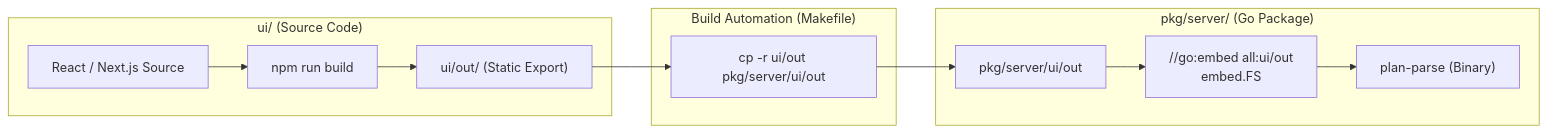
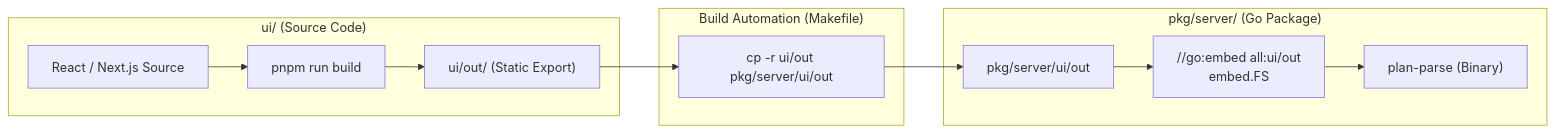
The first of 2 diagrams in pkg/server/ui/README.md (AatirNadim/plan-parse), drawn with Mermaid before and after one commit. The commit also changed other lines of this file and 8 other files, not shown here.

Commit message:
feat: switched npm with pnpm

````diff
--- a/pkg/server/ui/README.md
+++ b/pkg/server/ui/README.md
@@ -15,17 +15,17 @@
 ```mermaid
 flowchart LR
     subgraph FrontendSource["ui/ (Source Code)"]
-        Src["React / Next.js Source"] --> Build["npm run build"]
+        Src["React / Next.js Source"] --> Build["pnpm run build"]
         Build --> Out["ui/out/ (Static Export)"]
     end
 
     subgraph MirrorStep["Build Automation (Makefile)"]
         Out --> Copy["cp -r ui/out pkg/server/ui/out"]
     end
 
     subgraph ServerEmbed["pkg/server/ (Go Package)"]
         Copy --> Dest["pkg/server/ui/out"]
         Dest --> Embed["//go:embed all:ui/out<br/>embed.FS"]
         Embed --> Bin["plan-parse (Binary)"]
     end
 ```
````
